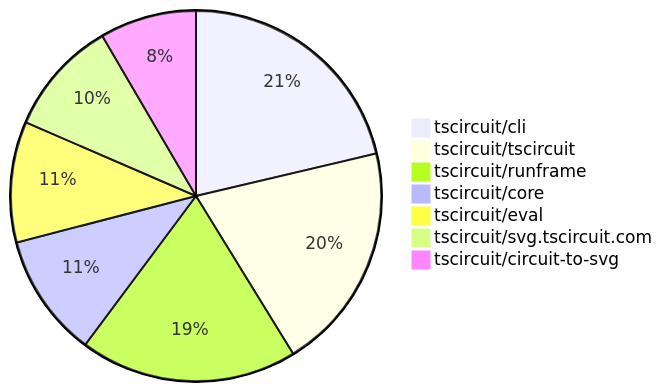
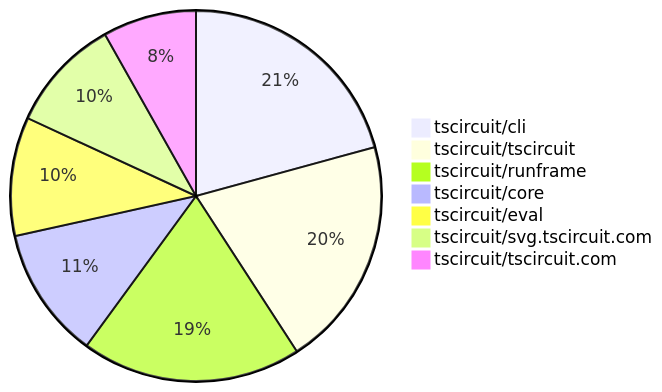
Before and after one commit to tscircuit/contribution-tracker: the second of 2 diagrams in README.md, drawn with Mermaid. The commit also changed other lines of this file and 3 other files, not shown here.

````diff
--- a/README.md
+++ b/README.md
@@ -123,10 +125,10 @@
 ```mermaid
 pie
-    "tscircuit/cli" : 91
-    "tscircuit/tscircuit" : 85
-    "tscircuit/runframe" : 81
-    "tscircuit/core" : 46
-    "tscircuit/eval" : 45
-    "tscircuit/svg.tscircuit.com" : 43
-    "tscircuit/circuit-to-svg" : 36
+    "tscircuit/cli" : 94
+    "tscircuit/tscircuit" : 91
+    "tscircuit/runframe" : 87
+    "tscircuit/core" : 52
+    "tscircuit/eval" : 47
+    "tscircuit/svg.tscircuit.com" : 45
+    "tscircuit/tscircuit.com" : 37
 ```
````
